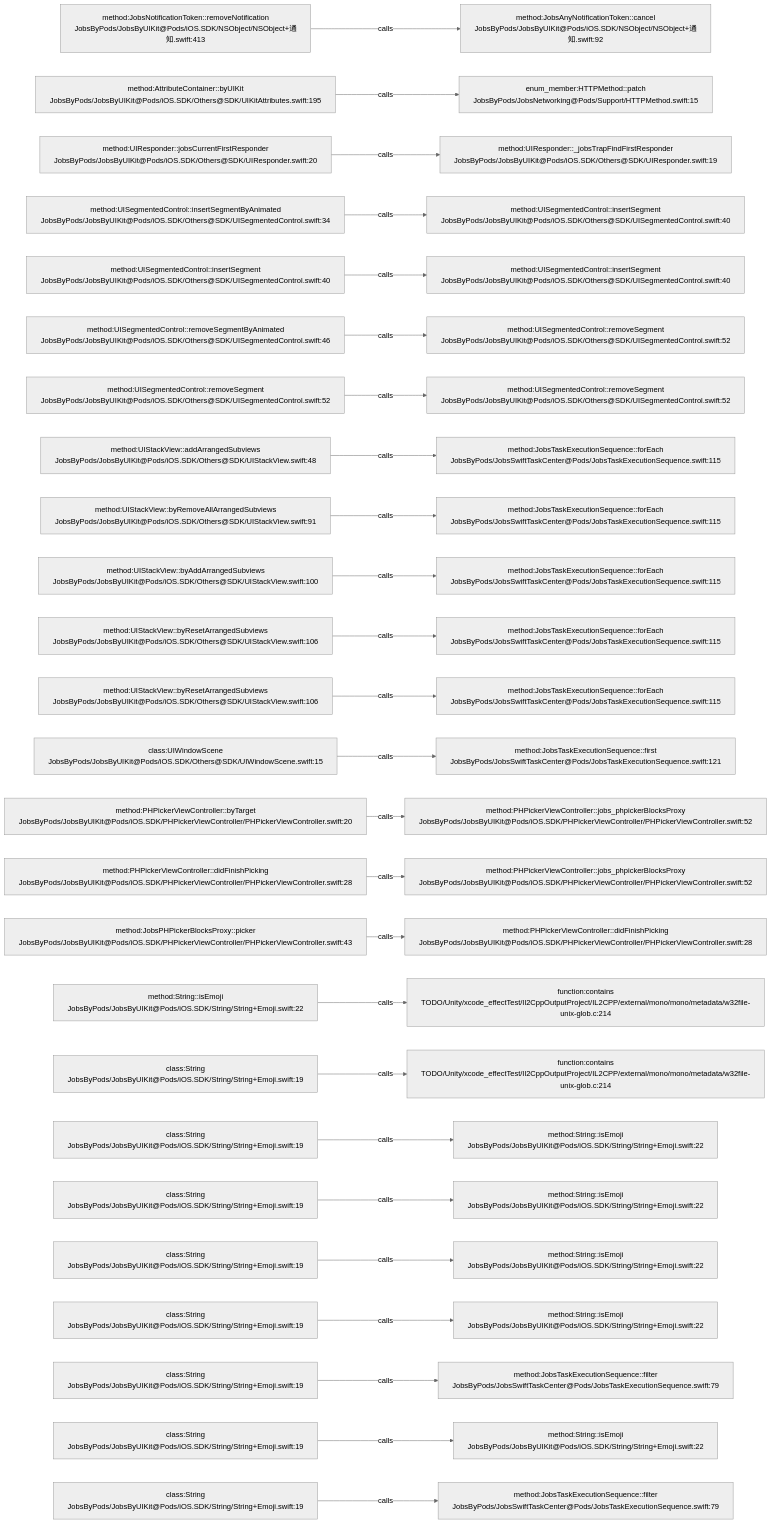
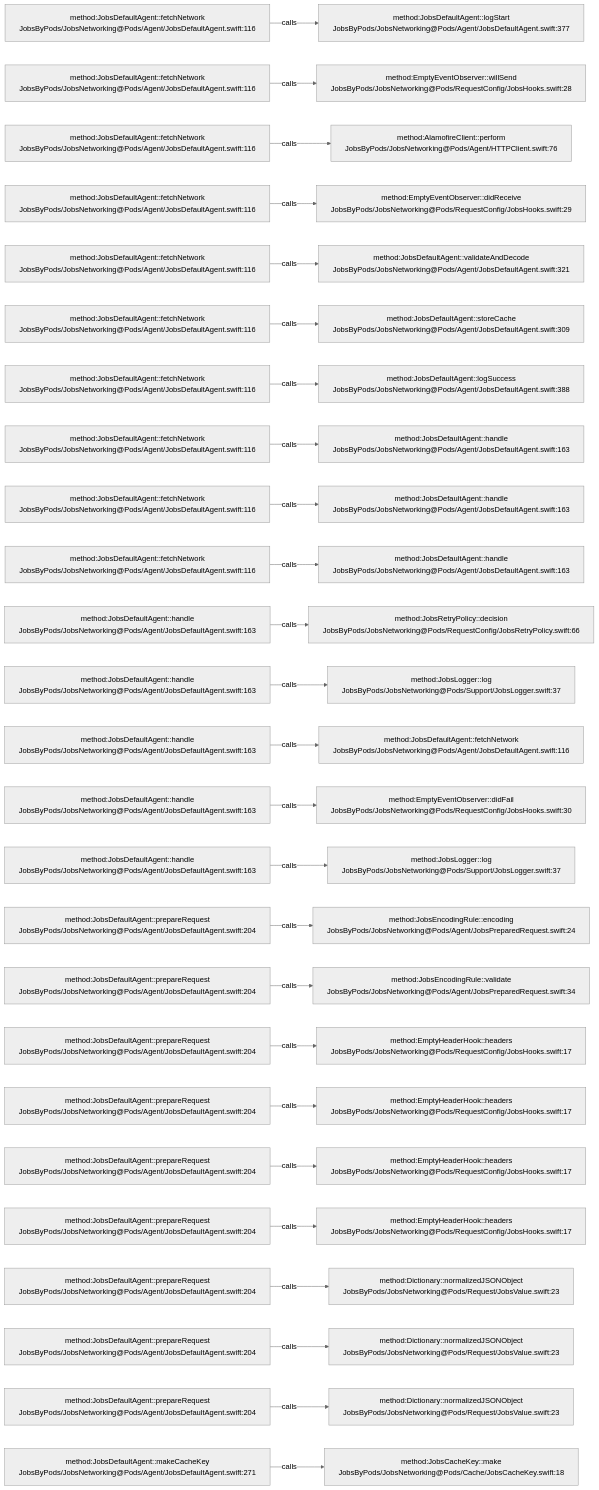
One commit to JobsKits/JobsSwiftBaseConfigDemo changed the diagram in .codegraph/codegraph.md/graphs/calls-009.md. Above: the diagram before and after it, drawn with Mermaid (neutral theme). The commit also changed 227 other files, not shown here.

````diff
--- a/.codegraph/codegraph.md/graphs/calls-009.md
+++ b/.codegraph/codegraph.md/graphs/calls-009.md
@@ -13,78 +13,78 @@
 ```mermaid
 flowchart LR
-  S1["method:JobsNotificationToken::removeNotification<br/>JobsByPods/JobsByUIKit@Pods/iOS.SDK/NSObject/NSObject+通知.swift:413"]
-  T1["method:JobsAnyNotificationToken::cancel<br/>JobsByPods/JobsByUIKit@Pods/iOS.SDK/NSObject/NSObject+通知.swift:92"]
+  S1["method:JobsDefaultAgent::fetchNetwork<br/>JobsByPods/JobsNetworking@Pods/Agent/JobsDefaultAgent.swift:116"]
+  T1["method:JobsDefaultAgent::logStart<br/>JobsByPods/JobsNetworking@Pods/Agent/JobsDefaultAgent.swift:377"]
   S1 -->|calls| T1
-  S2["method:AttributeContainer::byUIKit<br/>JobsByPods/JobsByUIKit@Pods/iOS.SDK/Others@SDK/UIKitAttributes.swift:195"]
-  T2["enum_member:HTTPMethod::patch<br/>JobsByPods/JobsNetworking@Pods/Support/HTTPMethod.swift:15"]
+  S2["method:JobsDefaultAgent::fetchNetwork<br/>JobsByPods/JobsNetworking@Pods/Agent/JobsDefaultAgent.swift:116"]
+  T2["method:EmptyEventObserver::willSend<br/>JobsByPods/JobsNetworking@Pods/RequestConfig/JobsHooks.swift:28"]
   S2 -->|calls| T2
-  S3["method:UIResponder::jobsCurrentFirstResponder<br/>JobsByPods/JobsByUIKit@Pods/iOS.SDK/Others@SDK/UIResponder.swift:20"]
-  T3["method:UIResponder::_jobsTrapFindFirstResponder<br/>JobsByPods/JobsByUIKit@Pods/iOS.SDK/Others@SDK/UIResponder.swift:19"]
+  S3["method:JobsDefaultAgent::fetchNetwork<br/>JobsByPods/JobsNetworking@Pods/Agent/JobsDefaultAgent.swift:116"]
+  T3["method:AlamofireClient::perform<br/>JobsByPods/JobsNetworking@Pods/Agent/HTTPClient.swift:76"]
   S3 -->|calls| T3
-  S4["method:UISegmentedControl::insertSegmentByAnimated<br/>JobsByPods/JobsByUIKit@Pods/iOS.SDK/Others@SDK/UISegmentedControl.swift:34"]
-  T4["method:UISegmentedControl::insertSegment<br/>JobsByPods/JobsByUIKit@Pods/iOS.SDK/Others@SDK/UISegmentedControl.swift:40"]
+  S4["method:JobsDefaultAgent::fetchNetwork<br/>JobsByPods/JobsNetworking@Pods/Agent/JobsDefaultAgent.swift:116"]
+  T4["method:EmptyEventObserver::didReceive<br/>JobsByPods/JobsNetworking@Pods/RequestConfig/JobsHooks.swift:29"]
   S4 -->|calls| T4
-  S5["method:UISegmentedControl::insertSegment<br/>JobsByPods/JobsByUIKit@Pods/iOS.SDK/Others@SDK/UISegmentedControl.swift:40"]
-  T5["method:UISegmentedControl::insertSegment<br/>JobsByPods/JobsByUIKit@Pods/iOS.SDK/Others@SDK/UISegmentedControl.swift:40"]
+  S5["method:JobsDefaultAgent::fetchNetwork<br/>JobsByPods/JobsNetworking@Pods/Agent/JobsDefaultAgent.swift:116"]
+  T5["method:JobsDefaultAgent::validateAndDecode<br/>JobsByPods/JobsNetworking@Pods/Agent/JobsDefaultAgent.swift:321"]
   S5 -->|calls| T5
-  S6["method:UISegmentedControl::removeSegmentByAnimated<br/>JobsByPods/JobsByUIKit@Pods/iOS.SDK/Others@SDK/UISegmentedControl.swift:46"]
-  T6["method:UISegmentedControl::removeSegment<br/>JobsByPods/JobsByUIKit@Pods/iOS.SDK/Others@SDK/UISegmentedControl.swift:52"]
+  S6["method:JobsDefaultAgent::fetchNetwork<br/>JobsByPods/JobsNetworking@Pods/Agent/JobsDefaultAgent.swift:116"]
+  T6["method:JobsDefaultAgent::storeCache<br/>JobsByPods/JobsNetworking@Pods/Agent/JobsDefaultAgent.swift:309"]
   S6 -->|calls| T6
-  S7["method:UISegmentedControl::removeSegment<br/>JobsByPods/JobsByUIKit@Pods/iOS.SDK/Others@SDK/UISegmentedControl.swift:52"]
-  T7["method:UISegmentedControl::removeSegment<br/>JobsByPods/JobsByUIKit@Pods/iOS.SDK/Others@SDK/UISegmentedControl.swift:52"]
+  S7["method:JobsDefaultAgent::fetchNetwork<br/>JobsByPods/JobsNetworking@Pods/Agent/JobsDefaultAgent.swift:116"]
+  T7["method:JobsDefaultAgent::logSuccess<br/>JobsByPods/JobsNetworking@Pods/Agent/JobsDefaultAgent.swift:388"]
   S7 -->|calls| T7
-  S8["method:UIStackView::addArrangedSubviews<br/>JobsByPods/JobsByUIKit@Pods/iOS.SDK/Others@SDK/UIStackView.swift:48"]
-  T8["method:JobsTaskExecutionSequence::forEach<br/>JobsByPods/JobsSwiftTaskCenter@Pods/JobsTaskExecutionSequence.swift:115"]
+  S8["method:JobsDefaultAgent::fetchNetwork<br/>JobsByPods/JobsNetworking@Pods/Agent/JobsDefaultAgent.swift:116"]
+  T8["method:JobsDefaultAgent::handle<br/>JobsByPods/JobsNetworking@Pods/Agent/JobsDefaultAgent.swift:163"]
   S8 -->|calls| T8
-  S9["method:UIStackView::byRemoveAllArrangedSubviews<br/>JobsByPods/JobsByUIKit@Pods/iOS.SDK/Others@SDK/UIStackView.swift:91"]
-  T9["method:JobsTaskExecutionSequence::forEach<br/>JobsByPods/JobsSwiftTaskCenter@Pods/JobsTaskExecutionSequence.swift:115"]
+  S9["method:JobsDefaultAgent::fetchNetwork<br/>JobsByPods/JobsNetworking@Pods/Agent/JobsDefaultAgent.swift:116"]
+  T9["method:JobsDefaultAgent::handle<br/>JobsByPods/JobsNetworking@Pods/Agent/JobsDefaultAgent.swift:163"]
   S9 -->|calls| T9
-  S10["method:UIStackView::byAddArrangedSubviews<br/>JobsByPods/JobsByUIKit@Pods/iOS.SDK/Others@SDK/UIStackView.swift:100"]
-  T10["method:JobsTaskExecutionSequence::forEach<br/>JobsByPods/JobsSwiftTaskCenter@Pods/JobsTaskExecutionSequence.swift:115"]
+  S10["method:JobsDefaultAgent::fetchNetwork<br/>JobsByPods/JobsNetworking@Pods/Agent/JobsDefaultAgent.swift:116"]
+  T10["method:JobsDefaultAgent::handle<br/>JobsByPods/JobsNetworking@Pods/Agent/JobsDefaultAgent.swift:163"]
   S10 -->|calls| T10
-  S11["method:UIStackView::byResetArrangedSubviews<br/>JobsByPods/JobsByUIKit@Pods/iOS.SDK/Others@SDK/UIStackView.swift:106"]
-  T11["method:JobsTaskExecutionSequence::forEach<br/>JobsByPods/JobsSwiftTaskCenter@Pods/JobsTaskExecutionSequence.swift:115"]
+  S11["method:JobsDefaultAgent::handle<br/>JobsByPods/JobsNetworking@Pods/Agent/JobsDefaultAgent.swift:163"]
+  T11["method:JobsRetryPolicy::decision<br/>JobsByPods/JobsNetworking@Pods/RequestConfig/JobsRetryPolicy.swift:66"]
   S11 -->|calls| T11
-  S12["method:UIStackView::byResetArrangedSubviews<br/>JobsByPods/JobsByUIKit@Pods/iOS.SDK/Others@SDK/UIStackView.swift:106"]
-  T12["method:JobsTaskExecutionSequence::forEach<br/>JobsByPods/JobsSwiftTaskCenter@Pods/JobsTaskExecutionSequence.swift:115"]
+  S12["method:JobsDefaultAgent::handle<br/>JobsByPods/JobsNetworking@Pods/Agent/JobsDefaultAgent.swift:163"]
+  T12["method:JobsLogger::log<br/>JobsByPods/JobsNetworking@Pods/Support/JobsLogger.swift:37"]
   S12 -->|calls| T12
-  S13["class:UIWindowScene<br/>JobsByPods/JobsByUIKit@Pods/iOS.SDK/Others@SDK/UIWindowScene.swift:15"]
-  T13["method:JobsTaskExecutionSequence::first<br/>JobsByPods/JobsSwiftTaskCenter@Pods/JobsTaskExecutionSequence.swift:121"]
+  S13["method:JobsDefaultAgent::handle<br/>JobsByPods/JobsNetworking@Pods/Agent/JobsDefaultAgent.swift:163"]
+  T13["method:JobsDefaultAgent::fetchNetwork<br/>JobsByPods/JobsNetworking@Pods/Agent/JobsDefaultAgent.swift:116"]
   S13 -->|calls| T13
-  S14["method:PHPickerViewController::byTarget<br/>JobsByPods/JobsByUIKit@Pods/iOS.SDK/PHPickerViewController/PHPickerViewController.swift:20"]
-  T14["method:PHPickerViewController::jobs_phpickerBlocksProxy<br/>JobsByPods/JobsByUIKit@Pods/iOS.SDK/PHPickerViewController/PHPickerViewController.swift:52"]
+  S14["method:JobsDefaultAgent::handle<br/>JobsByPods/JobsNetworking@Pods/Agent/JobsDefaultAgent.swift:163"]
+  T14["method:EmptyEventObserver::didFail<br/>JobsByPods/JobsNetworking@Pods/RequestConfig/JobsHooks.swift:30"]
   S14 -->|calls| T14
-  S15["method:PHPickerViewController::didFinishPicking<br/>JobsByPods/JobsByUIKit@Pods/iOS.SDK/PHPickerViewController/PHPickerViewController.swift:28"]
-  T15["method:PHPickerViewController::jobs_phpickerBlocksProxy<br/>JobsByPods/JobsByUIKit@Pods/iOS.SDK/PHPickerViewController/PHPickerViewController.swift:52"]
+  S15["method:JobsDefaultAgent::handle<br/>JobsByPods/JobsNetworking@Pods/Agent/JobsDefaultAgent.swift:163"]
+  T15["method:JobsLogger::log<br/>JobsByPods/JobsNetworking@Pods/Support/JobsLogger.swift:37"]
   S15 -->|calls| T15
-  S16["method:JobsPHPickerBlocksProxy::picker<br/>JobsByPods/JobsByUIKit@Pods/iOS.SDK/PHPickerViewController/PHPickerViewController.swift:43"]
-  T16["method:PHPickerViewController::didFinishPicking<br/>JobsByPods/JobsByUIKit@Pods/iOS.SDK/PHPickerViewController/PHPickerViewController.swift:28"]
+  S16["method:JobsDefaultAgent::prepareRequest<br/>JobsByPods/JobsNetworking@Pods/Agent/JobsDefaultAgent.swift:204"]
+  T16["method:JobsEncodingRule::encoding<br/>JobsByPods/JobsNetworking@Pods/Agent/JobsPreparedRequest.swift:24"]
   S16 -->|calls| T16
-  S17["method:String::isEmoji<br/>JobsByPods/JobsByUIKit@Pods/iOS.SDK/String/String+Emoji.swift:22"]
-  T17["function:contains<br/>TODO/Unity/xcode_effectTest/Il2CppOutputProject/IL2CPP/external/mono/mono/metadata/w32file-unix-glob.c:214"]
+  S17["method:JobsDefaultAgent::prepareRequest<br/>JobsByPods/JobsNetworking@Pods/Agent/JobsDefaultAgent.swift:204"]
+  T17["method:JobsEncodingRule::validate<br/>JobsByPods/JobsNetworking@Pods/Agent/JobsPreparedRequest.swift:34"]
   S17 -->|calls| T17
-  S18["class:String<br/>JobsByPods/JobsByUIKit@Pods/iOS.SDK/String/String+Emoji.swift:19"]
-  T18["function:contains<br/>TODO/Unity/xcode_effectTest/Il2CppOutputProject/IL2CPP/external/mono/mono/metadata/w32file-unix-glob.c:214"]
+  S18["method:JobsDefaultAgent::prepareRequest<br/>JobsByPods/JobsNetworking@Pods/Agent/JobsDefaultAgent.swift:204"]
+  T18["method:EmptyHeaderHook::headers<br/>JobsByPods/JobsNetworking@Pods/RequestConfig/JobsHooks.swift:17"]
   S18 -->|calls| T18
-  S19["class:String<br/>JobsByPods/JobsByUIKit@Pods/iOS.SDK/String/String+Emoji.swift:19"]
-  T19["method:String::isEmoji<br/>JobsByPods/JobsByUIKit@Pods/iOS.SDK/String/String+Emoji.swift:22"]
+  S19["method:JobsDefaultAgent::prepareRequest<br/>JobsByPods/JobsNetworking@Pods/Agent/JobsDefaultAgent.swift:204"]
+  T19["method:EmptyHeaderHook::headers<br/>JobsByPods/JobsNetworking@Pods/RequestConfig/JobsHooks.swift:17"]
   S19 -->|calls| T19
-  S20["class:String<br/>JobsByPods/JobsByUIKit@Pods/iOS.SDK/String/String+Emoji.swift:19"]
-  T20["method:String::isEmoji<br/>JobsByPods/JobsByUIKit@Pods/iOS.SDK/String/String+Emoji.swift:22"]
+  S20["method:JobsDefaultAgent::prepareRequest<br/>JobsByPods/JobsNetworking@Pods/Agent/JobsDefaultAgent.swift:204"]
+  T20["method:EmptyHeaderHook::headers<br/>JobsByPods/JobsNetworking@Pods/RequestConfig/JobsHooks.swift:17"]
   S20 -->|calls| T20
-  S21["class:String<br/>JobsByPods/JobsByUIKit@Pods/iOS.SDK/String/String+Emoji.swift:19"]
-  T21["method:String::isEmoji<br/>JobsByPods/JobsByUIKit@Pods/iOS.SDK/String/String+Emoji.swift:22"]
+  S21["method:JobsDefaultAgent::prepareRequest<br/>JobsByPods/JobsNetworking@Pods/Agent/JobsDefaultAgent.swift:204"]
+  T21["method:EmptyHeaderHook::headers<br/>JobsByPods/JobsNetworking@Pods/RequestConfig/JobsHooks.swift:17"]
   S21 -->|calls| T21
-  S22["class:String<br/>JobsByPods/JobsByUIKit@Pods/iOS.SDK/String/String+Emoji.swift:19"]
-  T22["method:String::isEmoji<br/>JobsByPods/JobsByUIKit@Pods/iOS.SDK/String/String+Emoji.swift:22"]
+  S22["method:JobsDefaultAgent::prepareRequest<br/>JobsByPods/JobsNetworking@Pods/Agent/JobsDefaultAgent.swift:204"]
+  T22["method:Dictionary::normalizedJSONObject<br/>JobsByPods/JobsNetworking@Pods/Request/JobsValue.swift:23"]
   S22 -->|calls| T22
-  S23["class:String<br/>JobsByPods/JobsByUIKit@Pods/iOS.SDK/String/String+Emoji.swift:19"]
-  T23["method:JobsTaskExecutionSequence::filter<br/>JobsByPods/JobsSwiftTaskCenter@Pods/JobsTaskExecutionSequence.swift:79"]
+  S23["method:JobsDefaultAgent::prepareRequest<br/>JobsByPods/JobsNetworking@Pods/Agent/JobsDefaultAgent.swift:204"]
+  T23["method:Dictionary::normalizedJSONObject<br/>JobsByPods/JobsNetworking@Pods/Request/JobsValue.swift:23"]
   S23 -->|calls| T23
-  S24["class:String<br/>JobsByPods/JobsByUIKit@Pods/iOS.SDK/String/String+Emoji.swift:19"]
-  T24["method:String::isEmoji<br/>JobsByPods/JobsByUIKit@Pods/iOS.SDK/String/String+Emoji.swift:22"]
+  S24["method:JobsDefaultAgent::prepareRequest<br/>JobsByPods/JobsNetworking@Pods/Agent/JobsDefaultAgent.swift:204"]
+  T24["method:Dictionary::normalizedJSONObject<br/>JobsByPods/JobsNetworking@Pods/Request/JobsValue.swift:23"]
   S24 -->|calls| T24
-  S25["class:String<br/>JobsByPods/JobsByUIKit@Pods/iOS.SDK/String/String+Emoji.swift:19"]
-  T25["method:JobsTaskExecutionSequence::filter<br/>JobsByPods/JobsSwiftTaskCenter@Pods/JobsTaskExecutionSequence.swift:79"]
+  S25["method:JobsDefaultAgent::makeCacheKey<br/>JobsByPods/JobsNetworking@Pods/Agent/JobsDefaultAgent.swift:271"]
+  T25["method:JobsCacheKey::make<br/>JobsByPods/JobsNetworking@Pods/Cache/JobsCacheKey.swift:18"]
   S25 -->|calls| T25
 ```
````
